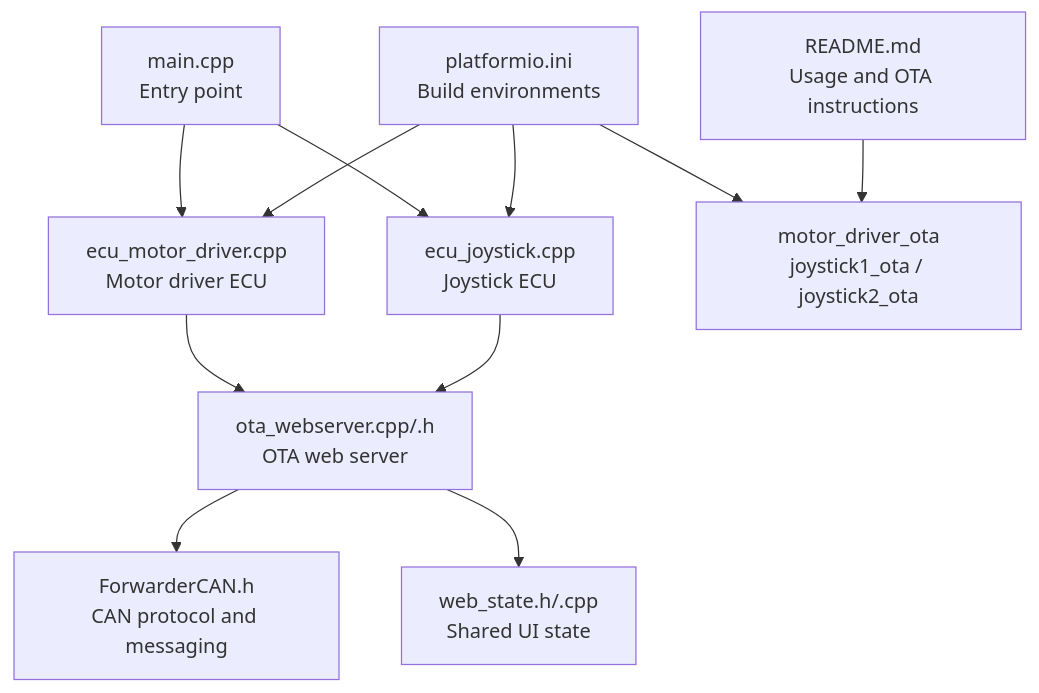
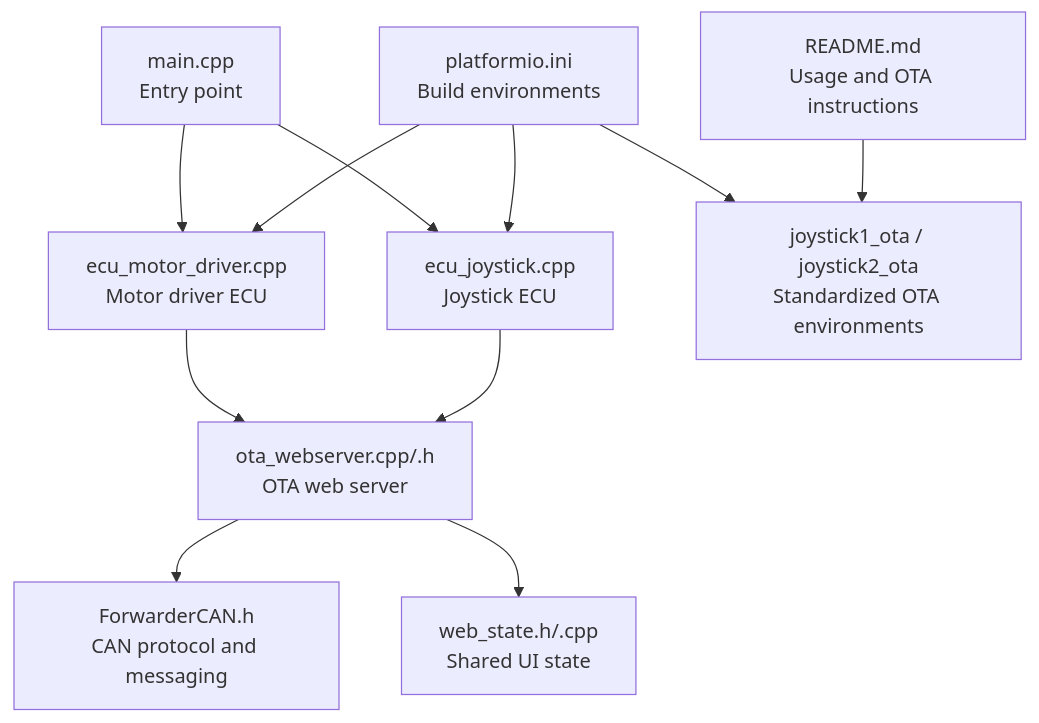
One commit to gunicsba/ESP_CAN_ECU_joystick_collection changed the first of 8 diagrams in .qoder/repowiki/en/content/OTA Firmware Updates/OTA Firmware Updates.md. Above: the diagram before and after it, drawn with Mermaid. The commit also changed other lines of this file and 15 other files, not shown here.

````diff
--- a/.qoder/repowiki/en/content/OTA Firmware Updates/OTA Firmware Updates.md
+++ b/.qoder/repowiki/en/content/OTA Firmware Updates/OTA Firmware Updates.md
@@ -39,13 +48,13 @@
 ```mermaid
 graph TB
 A["main.cpp<br/>Entry point"] --> B["ecu_motor_driver.cpp<br/>Motor driver ECU"]
 A --> C["ecu_joystick.cpp<br/>Joystick ECU"]
 B --> D["ota_webserver.cpp/.h<br/>OTA web server"]
 C --> D
 D --> E["ForwarderCAN.h<br/>CAN protocol and messaging"]
 D --> F["web_state.h/.cpp<br/>Shared UI state"]
 G["platformio.ini<br/>Build environments"] --> B
 G --> C
-G --> H["motor_driver_ota<br/>joystick1_ota / joystick2_ota"]
+G --> H["joystick1_ota / joystick2_ota<br/>Standardized OTA environments"]
 I["README.md<br/>Usage and OTA instructions"] --> H
 ```
````
